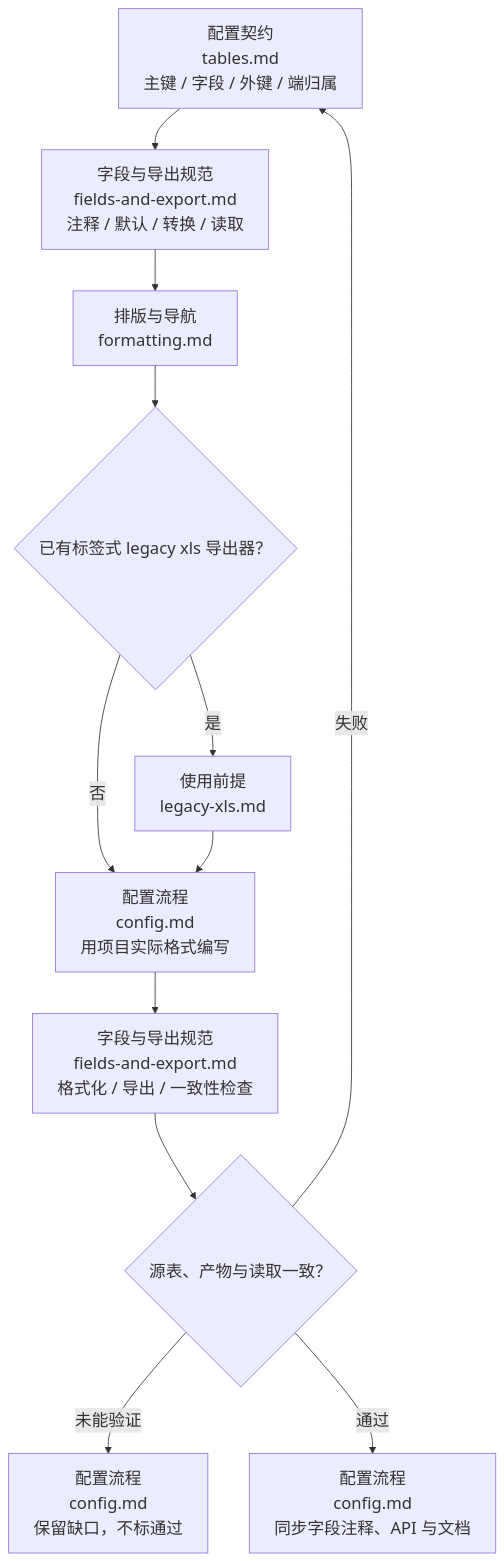
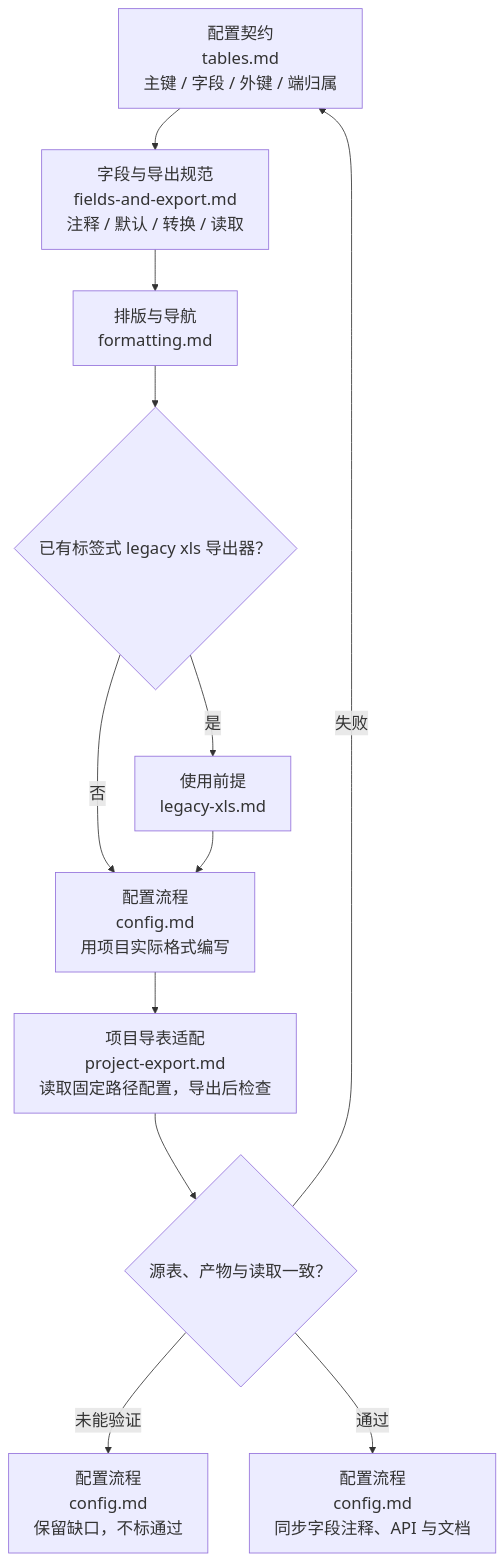
One commit to 229196637/game-development-skills changed the second of 2 diagrams in game-excel-config/SKILL.md. Above: the diagram before and after it, drawn with Mermaid. The commit also changed other lines of this file and 9 other files, not shown here.

First line of the commit message:
feat(config): move Excel export into personal skill with project profiles

````diff
--- a/game-excel-config/SKILL.md
+++ b/game-excel-config/SKILL.md
@@ -55,23 +55,23 @@
 ```mermaid
 %%{init: {"themeVariables": {"fontSize": "20px"}, "flowchart": {"wrappingWidth": 360}}}%%
 flowchart TD
   Fields["配置契约<br/>tables.md<br/>主键 / 字段 / 外键 / 端归属"] --> Map["字段与导出规范<br/>fields-and-export.md<br/>注释 / 默认 / 转换 / 读取"]
   Map --> Layout["排版与导航<br/>formatting.md"]
   Layout --> Legacy{"已有标签式 legacy xls 导出器？"}
   Legacy -->|是| Adapter["使用前提<br/>legacy-xls.md"]
   Legacy -->|否| Write["配置流程<br/>config.md<br/>用项目实际格式编写"]
   Adapter --> Write
-  Write --> Export["字段与导出规范<br/>fields-and-export.md<br/>格式化 / 导出 / 一致性检查"]
+  Write --> Export["项目导表适配<br/>project-export.md<br/>读取固定路径配置，导出后检查"]
   Export --> Check{"源表、产物与读取一致？"}
   Check -->|失败| Fields
   Check -->|未能验证| Pending["配置流程<br/>config.md<br/>保留缺口，不标通过"]
   Check -->|通过| Sync["配置流程<br/>config.md<br/>同步字段注释、API 与文档"]
   click Fields "references/contracts/tables.md"
   click Map "references/contracts/fields-and-export.md"
   click Layout "references/contracts/formatting.md"
   click Adapter "references/adapters/legacy-xls.md"
   click Write "references/workflows/config.md"
-  click Export "references/contracts/fields-and-export.md"
+  click Export "references/adapters/project-export.md"
   click Pending "references/workflows/config.md"
   click Sync "references/workflows/config.md"
 ```
````
